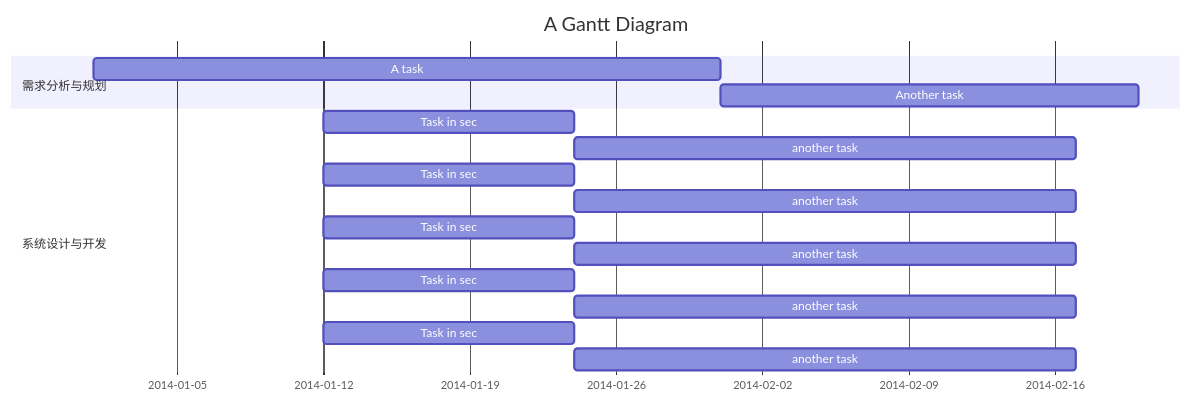
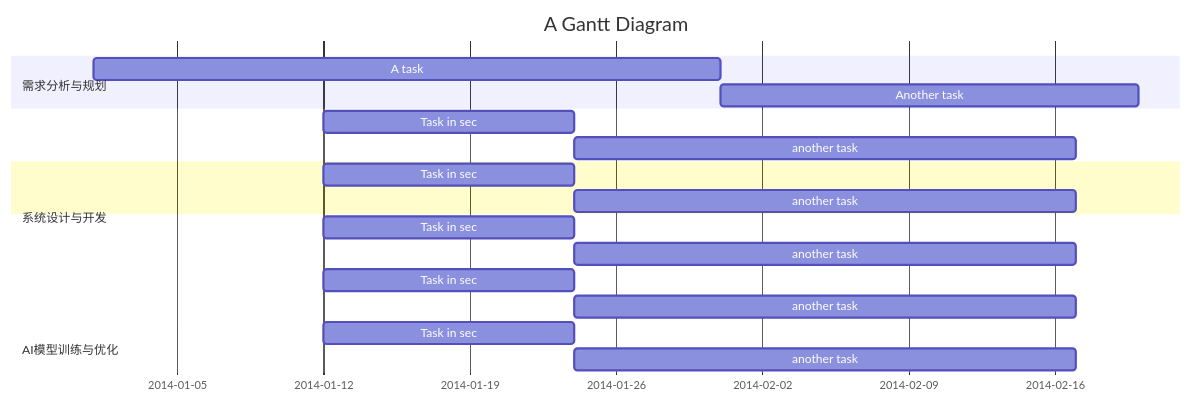
One commit to libobo6/iodraw-files changed the diagram in all/代码甘特图.md. Above: the diagram before and after it, drawn with Mermaid.

Commit message:
2025-01-14 10:53:32 update

````diff
--- a/all/代码甘特图.md
+++ b/all/代码甘特图.md
@@ -1,23 +1,23 @@
 ```mermaid
 gantt
     title A Gantt Diagram
     dateFormat  YYYY-MM-DD
     section 需求分析与规划
     A task           :a1, 2014-01-01, 30d
     Another task     :after a1  , 20d
     section 系统设计与开发
     Task in sec      :2014-01-12  , 12d
     another task      : 24d
-        section 系统设计与开发
+    section AI模型训练与优化
     Task in sec      :2014-01-12  , 12d
     another task      : 24d
-        section 系统设计与开发
+    section 系统设计与开发
     Task in sec      :2014-01-12  , 12d
     another task      : 24d
         section 系统设计与开发
     Task in sec      :2014-01-12  , 12d
     another task      : 24d
         section 系统设计与开发
     Task in sec      :2014-01-12  , 12d
     another task      : 24d
 ```
````
